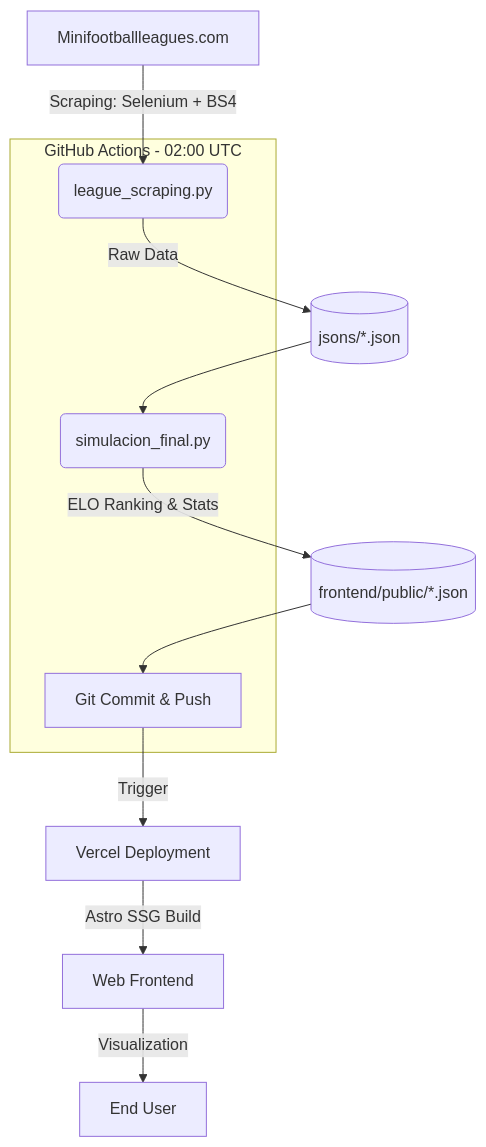
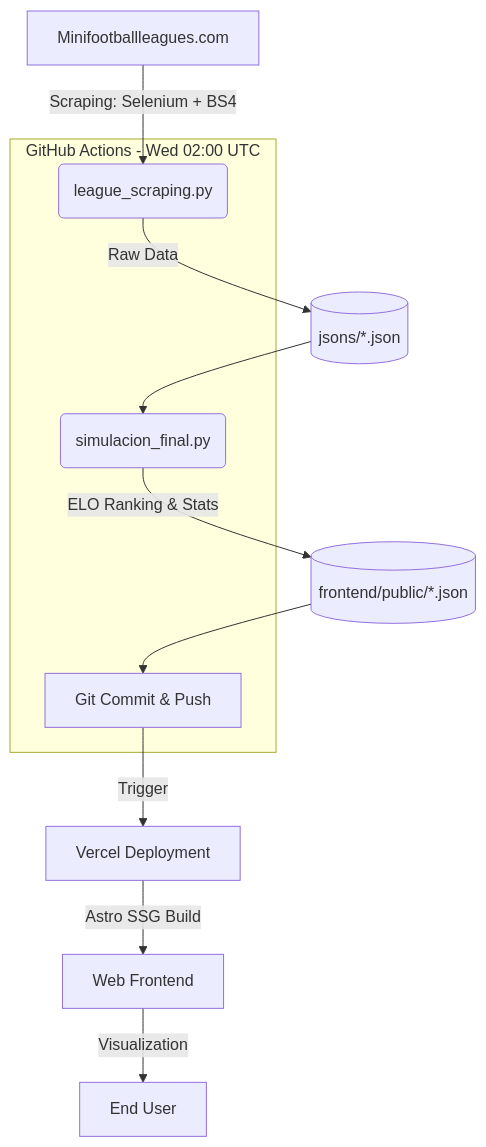
Before and after one commit to floatingbit23/minifootballleagueanalyzer: the diagram in README_EN.md, drawn with Mermaid. The commit also changed other lines of this file and 3 other files, not shown here.

````diff
--- a/README_EN.md
+++ b/README_EN.md
@@ -98,18 +98,18 @@
 ```mermaid
 graph TD
     A[Minifootballleagues.com] -->|Scraping: Selenium + BS4| B(league_scraping.py)
     B -->|Raw Data| C[(jsons/*.json)]
     C --> D(simulacion_final.py)
     D -->|ELO Ranking & Stats| E[(frontend/public/*.json)]
     
-    subgraph GitHub_Actions [GitHub Actions - 02:00 UTC]
+    subgraph GitHub_Actions [GitHub Actions - Wed 02:00 UTC]
         B
         D
         F[Git Commit & Push]
     end
     
     E --> F
     F -->|Trigger| G[Vercel Deployment]
     G -->|Astro SSG Build| H[Web Frontend]
     H -->|Visualization| I[End User]
 ```
````
